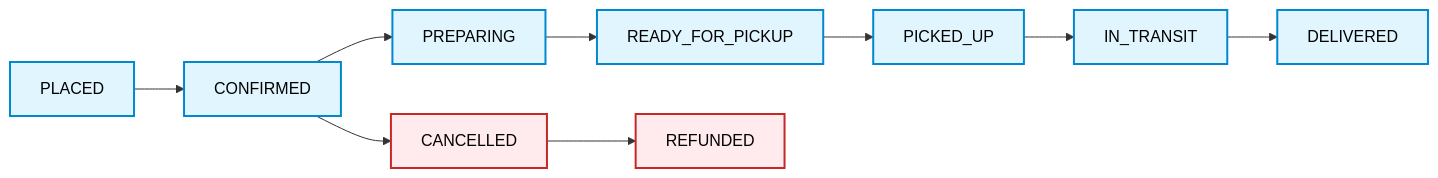
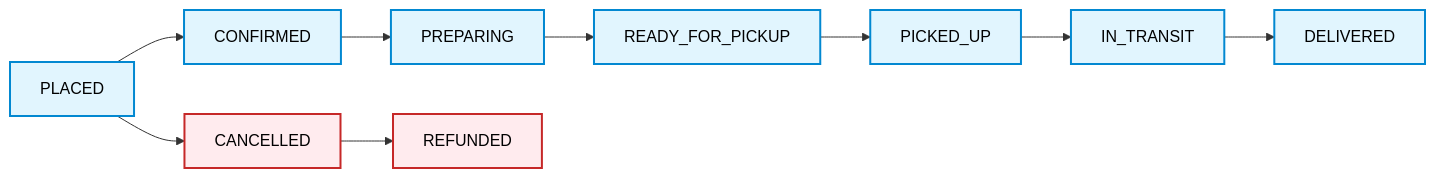
One commit to beauuks/food-delivery-streaming changed the second of 3 diagrams in README.md. Above: the diagram before and after it, drawn with Mermaid.

Commit message:
edit diagram

````diff
--- a/README.md
+++ b/README.md
@@ -85,16 +85,16 @@
 ```mermaid
 flowchart LR
     %% Style definitions
     classDef default fill:#e1f5fe,stroke:#0288d1,stroke-width:2px,color:#000
     classDef exception fill:#ffebee,stroke:#c62828,stroke-width:2px,color:#000
 
     PLACED --> CONFIRMED
     CONFIRMED --> PREPARING
     PREPARING --> READY_FOR_PICKUP
     READY_FOR_PICKUP --> PICKED_UP
     PICKED_UP --> IN_TRANSIT
     IN_TRANSIT --> DELIVERED
 
-    CONFIRMED --> CANCELLED:::exception
+    PLACED --> CANCELLED:::exception
     CANCELLED --> REFUNDED:::exception
 ```
````
